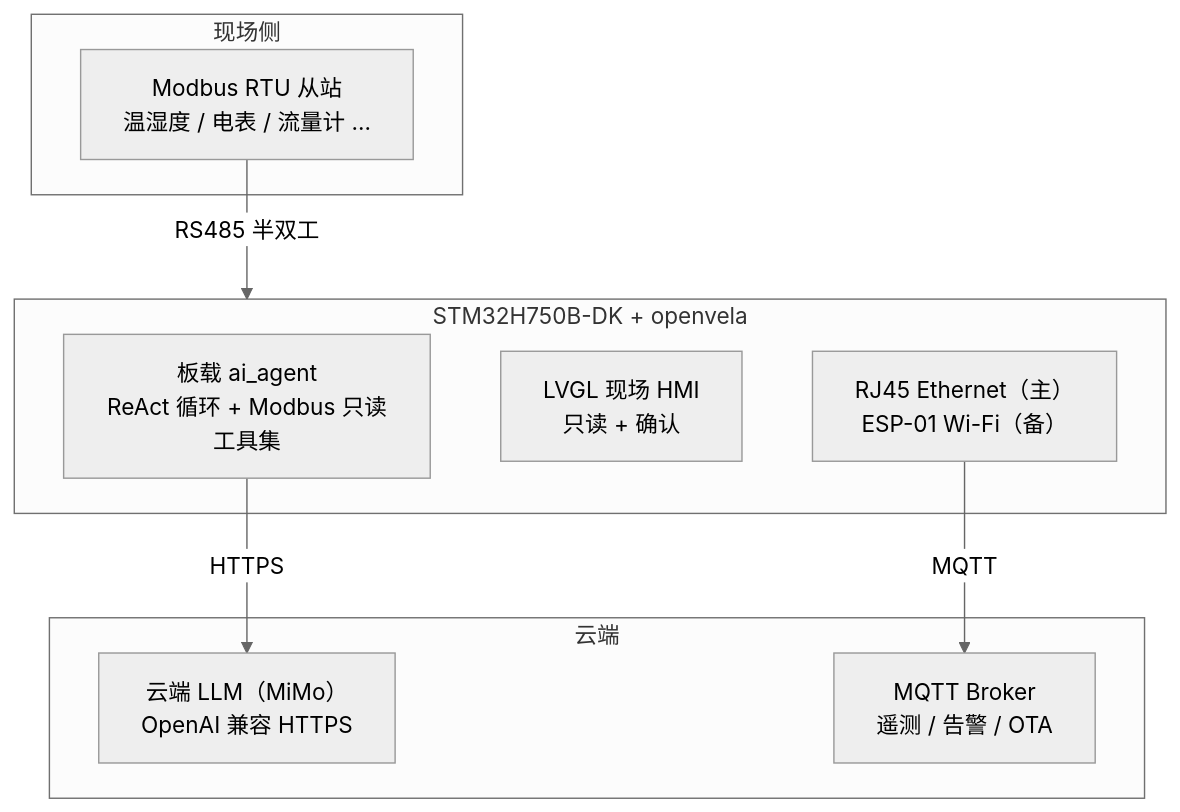
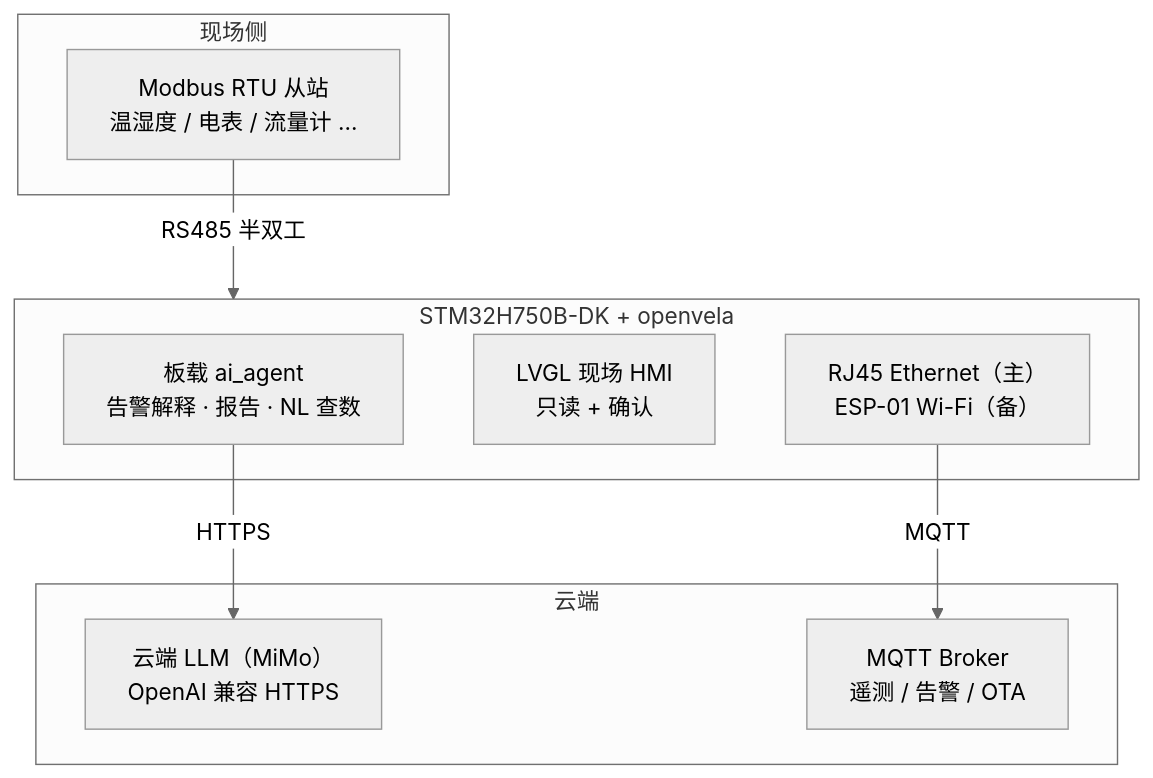
Before and after one commit to FoLeaf/contest2026_004_TeamFalcons: the first of 11 diagrams in README.md, drawn with Mermaid (neutral theme). The commit also changed other lines of this file and 337 other files, not shown here.

First line of the commit message:
feat(velaguard): stage1 min-product — provision, lvgl-net HMI, modbus discover

````diff
--- a/README.md
+++ b/README.md
@@ -67,21 +33,21 @@
 ```mermaid
 graph TD
     subgraph Field["现场侧"]
-        S1["Modbus RTU 从站\n温湿度 / 电表 / 流量计 …"]
+        S1["Modbus RTU 从站<br/>温湿度 / 电表 / 流量计 …"]
     end
 
     subgraph Gateway["STM32H750B-DK + openvela"]
-        AI["板载 ai_agent\nReAct 循环 + Modbus 只读工具集"]
-        HMI["LVGL 现场 HMI\n只读 + 确认"]
-        NET["RJ45 Ethernet（主）\nESP-01 Wi-Fi（备）"]
+        AI["板载 ai_agent<br/>告警解释 · 报告 · NL 查数"]
+        HMI["LVGL 现场 HMI<br/>只读 + 确认"]
+        NET["RJ45 Ethernet（主）<br/>ESP-01 Wi-Fi（备）"]
     end
 
     subgraph Cloud["云端"]
-        LLM["云端 LLM（MiMo）\nOpenAI 兼容 HTTPS"]
-        MQTT["MQTT Broker\n遥测 / 告警 / OTA"]
+        LLM["云端 LLM（MiMo）<br/>OpenAI 兼容 HTTPS"]
+        MQTT["MQTT Broker<br/>遥测 / 告警 / OTA"]
     end
 
     S1 -->|"RS485 半双工"| Gateway
     AI -->|"HTTPS"| LLM
     NET -->|"MQTT"| MQTT
 ```
````
